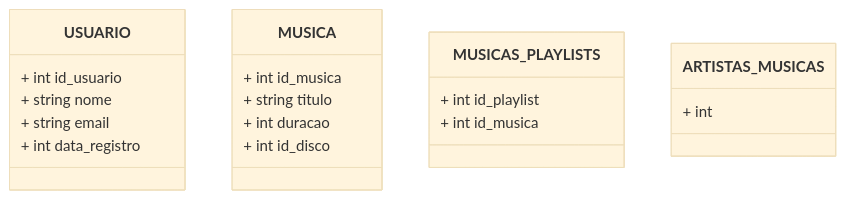
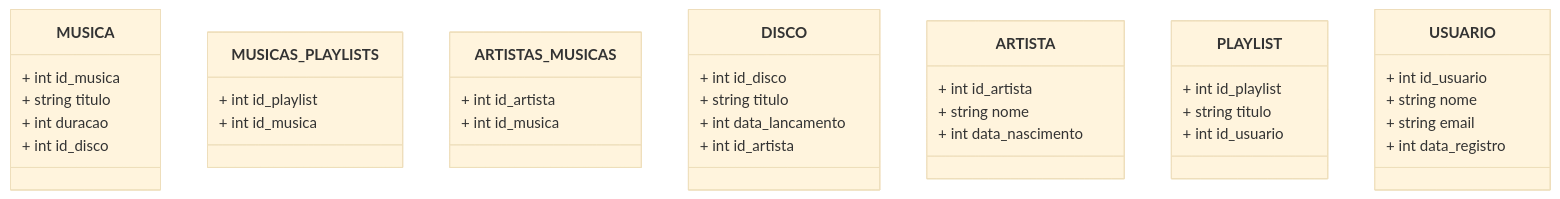
One commit to iagorosa28/sistema_de_streaming_de_musica_banco_de_dados changed the diagram in README.md. Above: the diagram before and after it, drawn with Mermaid (base theme).

````diff
--- a/README.md
+++ b/README.md
@@ -26,22 +26,39 @@
 ```mermaid
 classDiagram
-    class USUARIO
-    USUARIO : + int id_usuario
-    USUARIO : + string nome
-    USUARIO : + string email
-    USUARIO : + int data_registro
-
    class MUSICA
    MUSICA : + int id_musica
    MUSICA : + string titulo
    MUSICA : + int duracao
    MUSICA : + int id_disco
 
    class MUSICAS_PLAYLISTS
    MUSICAS_PLAYLISTS : + int id_playlist
    MUSICAS_PLAYLISTS : + int id_musica
 
    class ARTISTAS_MUSICAS
-   ARTISTAS_MUSICAS : + int 
+   ARTISTAS_MUSICAS : + int id_artista
+   ARTISTAS_MUSICAS : + int id_musica
+
+   class DISCO
+   DISCO : + int id_disco
+   DISCO : + string titulo
+   DISCO : + int data_lancamento
+   DISCO : + int id_artista
+
+   class ARTISTA
+   ARTISTA : + int id_artista
+   ARTISTA : + string nome
+   ARTISTA : + int data_nascimento
+
+   class PLAYLIST
+   PLAYLIST : + int id_playlist
+   PLAYLIST : + string titulo
+   PLAYLIST : + int id_usuario
+
+    class USUARIO
+    USUARIO : + int id_usuario
+    USUARIO : + string nome
+    USUARIO : + string email
+    USUARIO : + int data_registro
 
 ```
````
